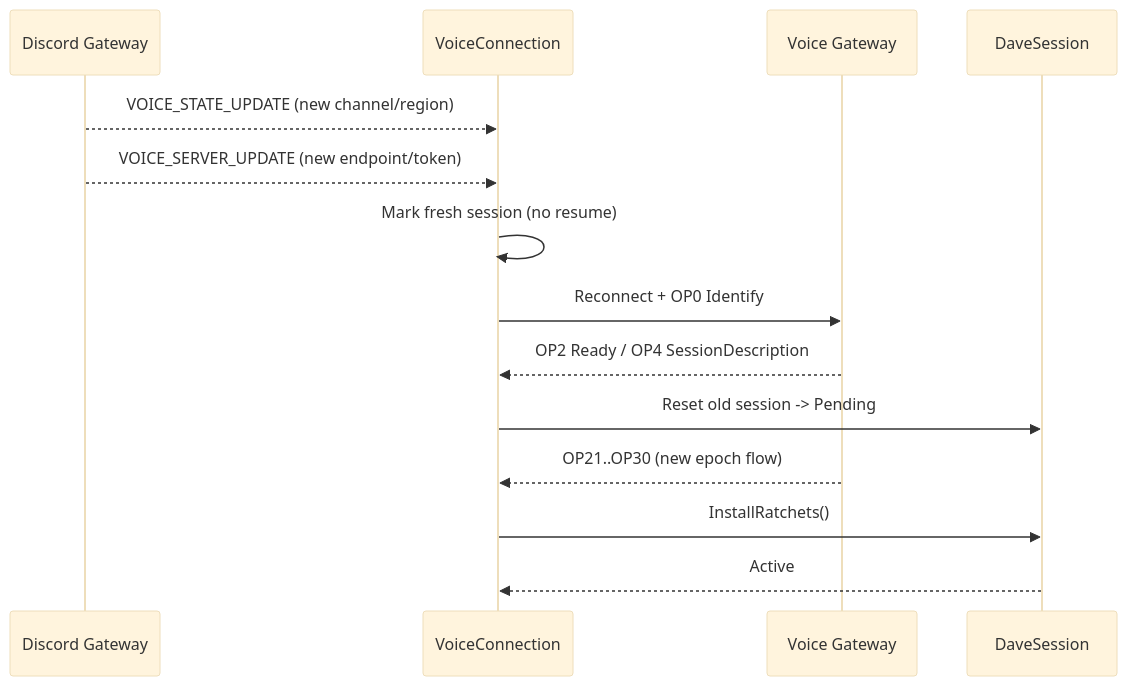
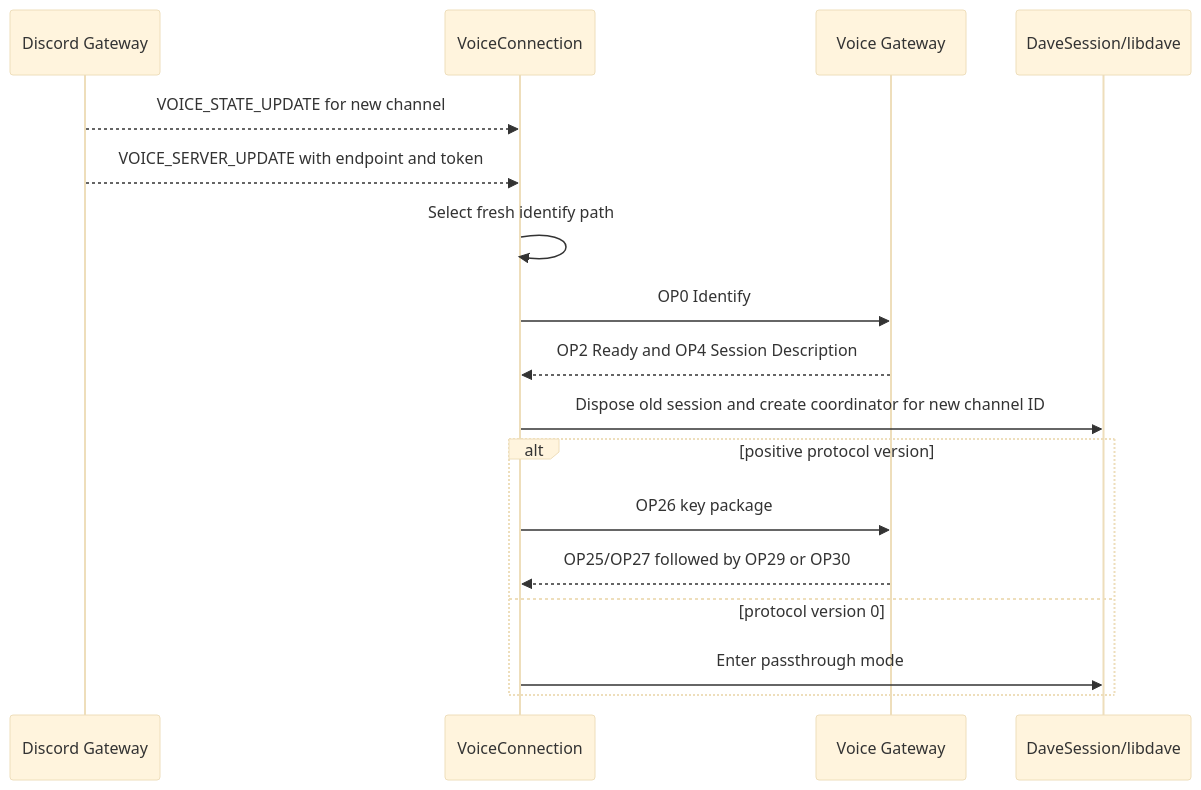
Before and after one commit to Aiko-IT-Systems/DisCatSharp: the tenth of 12 diagrams in DisCatSharp.Docs/articles/modules/audio/voice/architecture.md, drawn with Mermaid (base theme). The commit also changed other lines of this file and 36 other files, not shown here.

````diff
--- a/DisCatSharp.Docs/articles/modules/audio/voice/architecture.md
+++ b/DisCatSharp.Docs/articles/modules/audio/voice/architecture.md
@@ -126,17 +279,20 @@
 ```mermaid
 sequenceDiagram
-    participant DiscordGW as Discord Gateway
+    participant Gateway as Discord Gateway
     participant VC as VoiceConnection
     participant VG as Voice Gateway
-    participant MLS as DaveSession
+    participant DAVE as DaveSession/libdave
 
-    DiscordGW-->>VC: VOICE_STATE_UPDATE (new channel/region)
-    DiscordGW-->>VC: VOICE_SERVER_UPDATE (new endpoint/token)
-    VC->>VC: Mark fresh session (no resume)
-    VC->>VG: Reconnect + OP0 Identify
-    VG-->>VC: OP2 Ready / OP4 SessionDescription
-    VC->>MLS: Reset old session -> Pending
-    VG-->>VC: OP21..OP30 (new epoch flow)
-    VC->>MLS: InstallRatchets()
-    MLS-->>VC: Active
+    Gateway-->>VC: VOICE_STATE_UPDATE for new channel
+    Gateway-->>VC: VOICE_SERVER_UPDATE with endpoint and token
+    VC->>VC: Select fresh identify path
+    VC->>VG: OP0 Identify
+    VG-->>VC: OP2 Ready and OP4 Session Description
+    VC->>DAVE: Dispose old session and create coordinator for new channel ID
+    alt positive protocol version
+        VC->>VG: OP26 key package
+        VG-->>VC: OP25/OP27 followed by OP29 or OP30
+    else protocol version 0
+        VC->>DAVE: Enter passthrough mode
+    end
 ```
````
